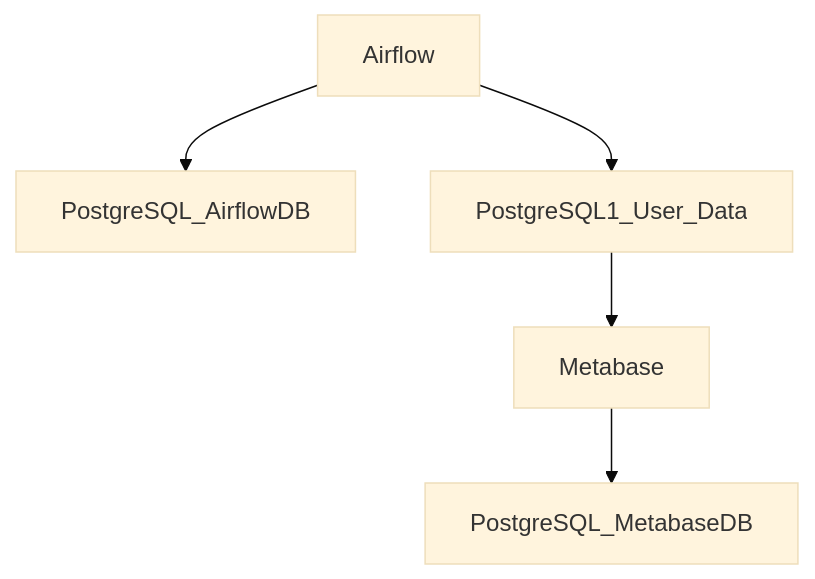
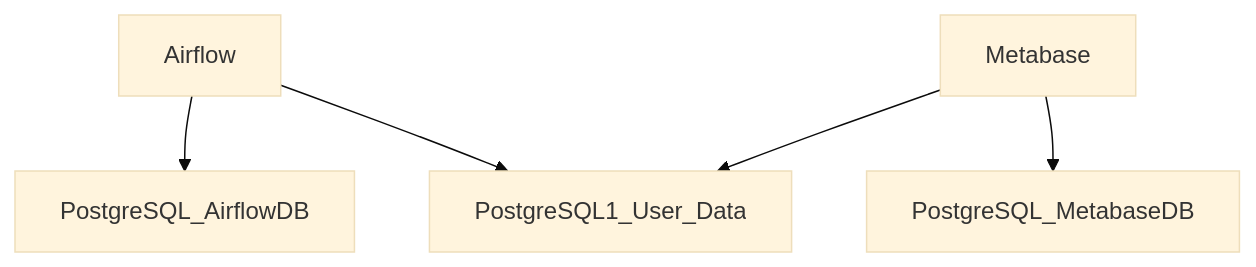
One commit to augsmachado/airflow-data-generator changed the first of 2 diagrams in README.md. Above: the diagram before and after it, drawn with Mermaid (base theme). The commit also changed other lines of this file and 8 other files, not shown here.

Commit message:
Refactor database schema: remove obsolete tables for orders, order items, payments, and products; add transactions and wallets tables; enhance users table with phone number

````diff
--- a/README.md
+++ b/README.md
@@ -23,7 +23,7 @@
 ```mermaid
 graph TD;
     Airflow --> PostgreSQL_AirflowDB;
     Airflow --> PostgreSQL1_User_Data;
-    PostgreSQL1_User_Data  --> Metabase
+    Metabase --> PostgreSQL1_User_Data;
     Metabase --> PostgreSQL_MetabaseDB;
 ```
````
